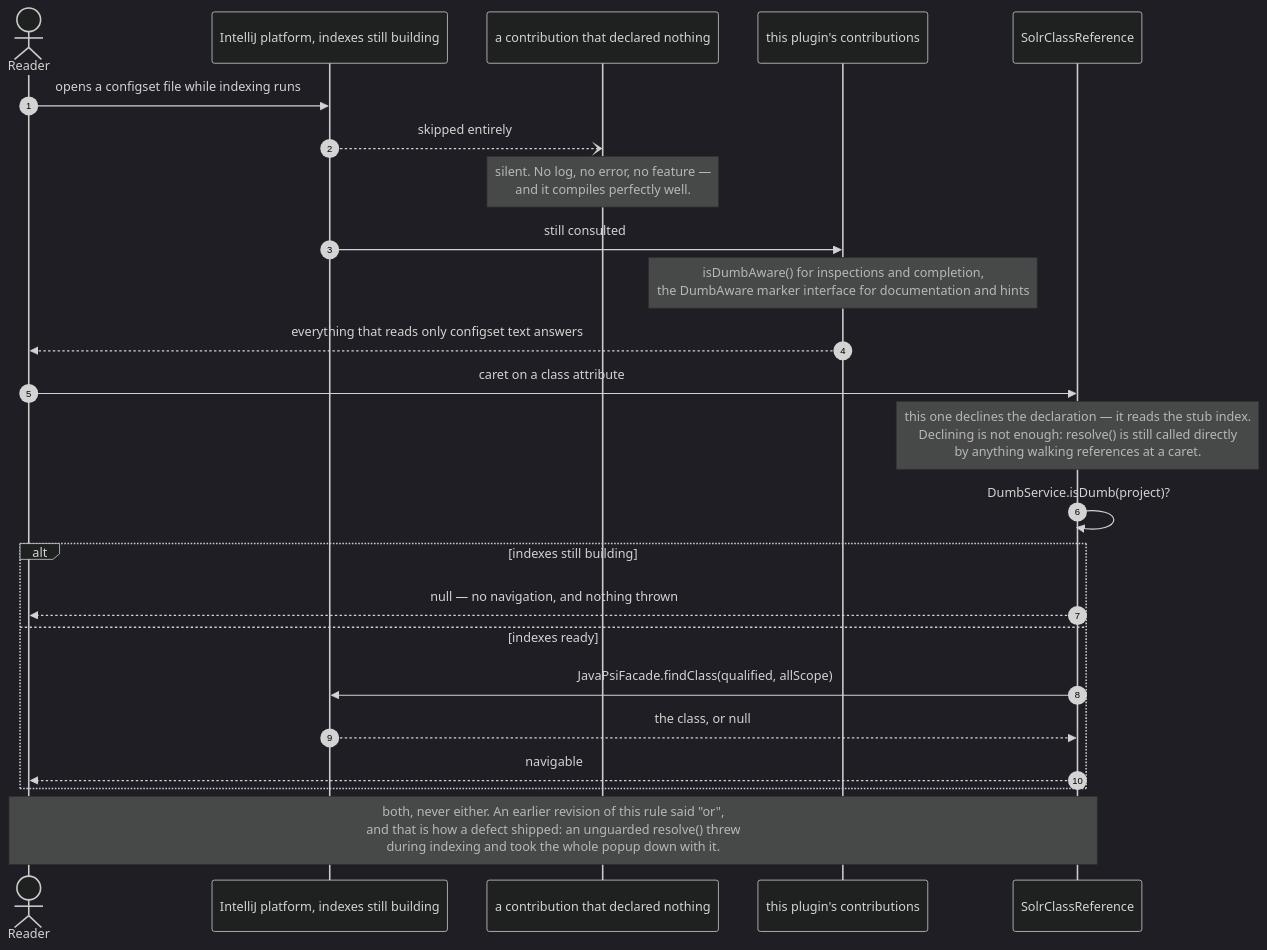
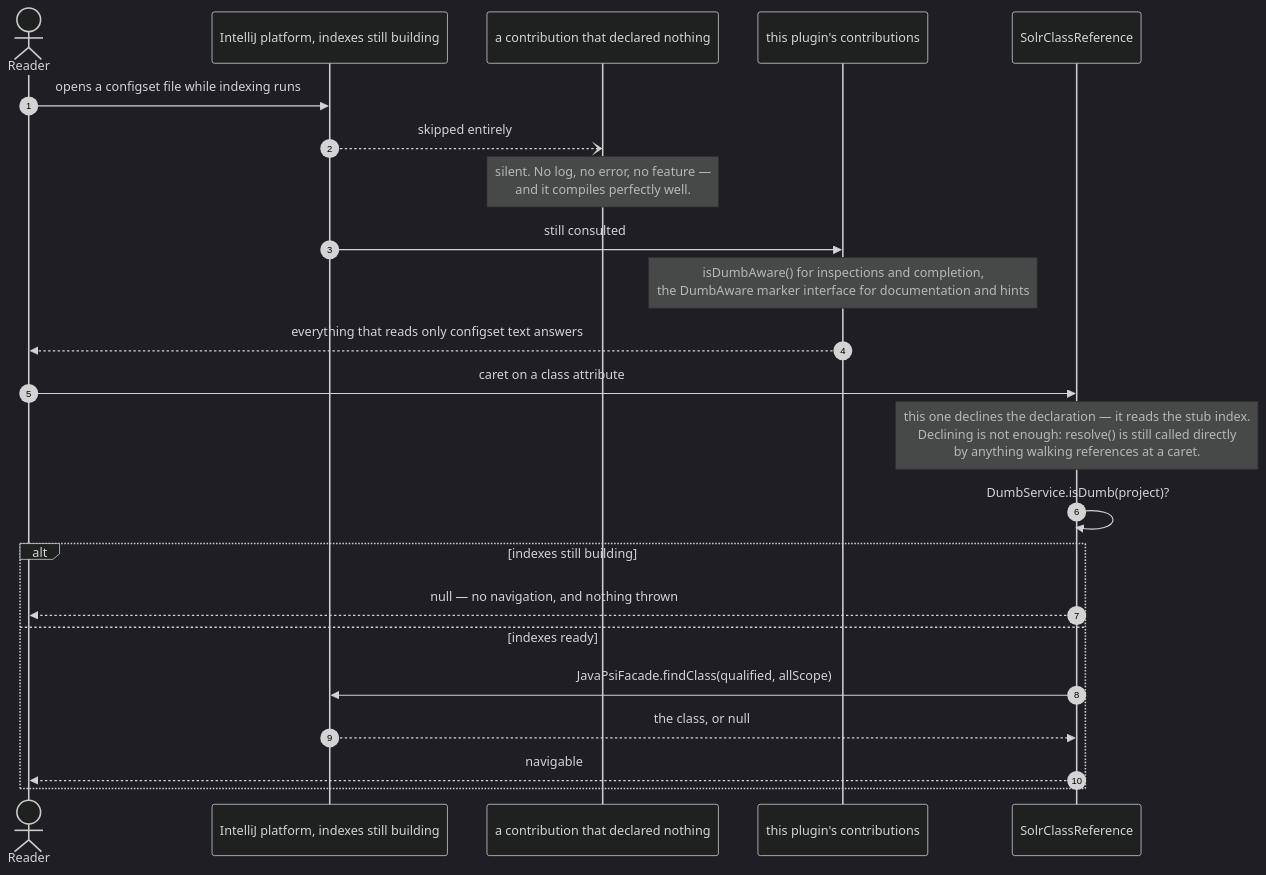
Before and after one commit to adityamparikh/solr-intellij-plugin: the first of 4 diagrams in docs/platform-mechanisms.md, drawn with Mermaid (dark theme). The commit also changed other lines of this file and 8 other files, not shown here.

````diff
--- a/docs/platform-mechanisms.md
+++ b/docs/platform-mechanisms.md
@@ -95,32 +82,30 @@
 ```mermaid
 sequenceDiagram
     autonumber
     actor Reader
     participant IDE as IntelliJ platform, indexes still building
     participant Undeclared as a contribution that declared nothing
     participant Solr as this plugin's contributions
     participant Class as SolrClassReference
 
     Reader->>IDE: opens a configset file while indexing runs
 
     IDE--)Undeclared: skipped entirely
     Note over Undeclared: silent. No log, no error, no feature —<br/>and it compiles perfectly well.
 
     IDE->>Solr: still consulted
     Note over Solr: isDumbAware() for inspections and completion,<br/>the DumbAware marker interface for documentation and hints
     Solr-->>Reader: everything that reads only configset text answers
 
     Reader->>Class: caret on a class attribute
     Note over Class: this one declines the declaration — it reads the stub index.<br/>Declining is not enough: resolve() is still called directly<br/>by anything walking references at a caret.
     Class->>Class: DumbService.isDumb(project)?
 
     alt indexes still building
         Class-->>Reader: null — no navigation, and nothing thrown
     else indexes ready
         Class->>IDE: JavaPsiFacade.findClass(qualified, allScope)
         IDE-->>Class: the class, or null
         Class-->>Reader: navigable
     end
-
-    Note over Reader,Class: both, never either. An earlier revision of this rule said "or",<br/>and that is how a defect shipped: an unguarded resolve() threw<br/>during indexing and took the whole popup down with it.
 ```
````
